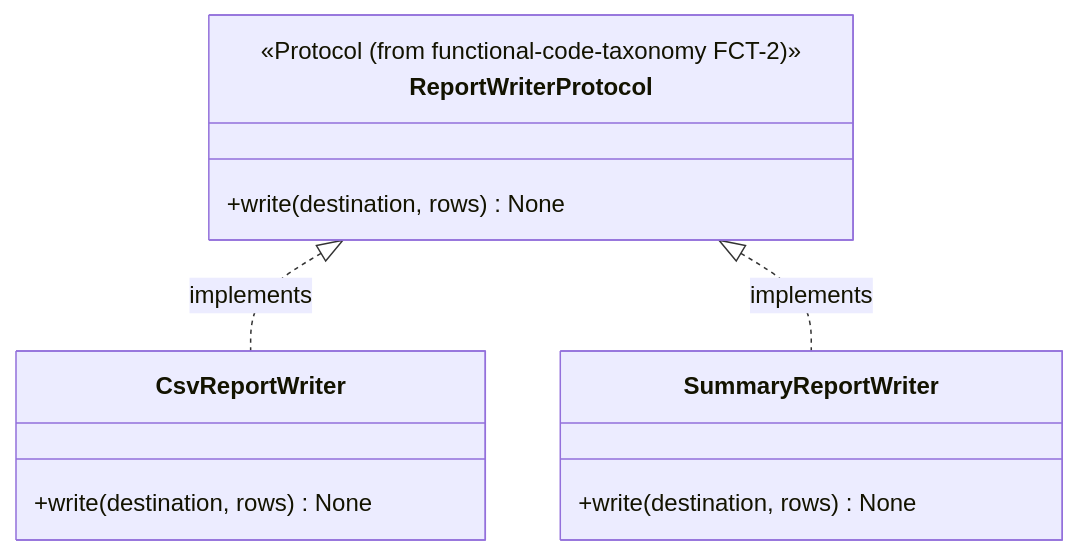
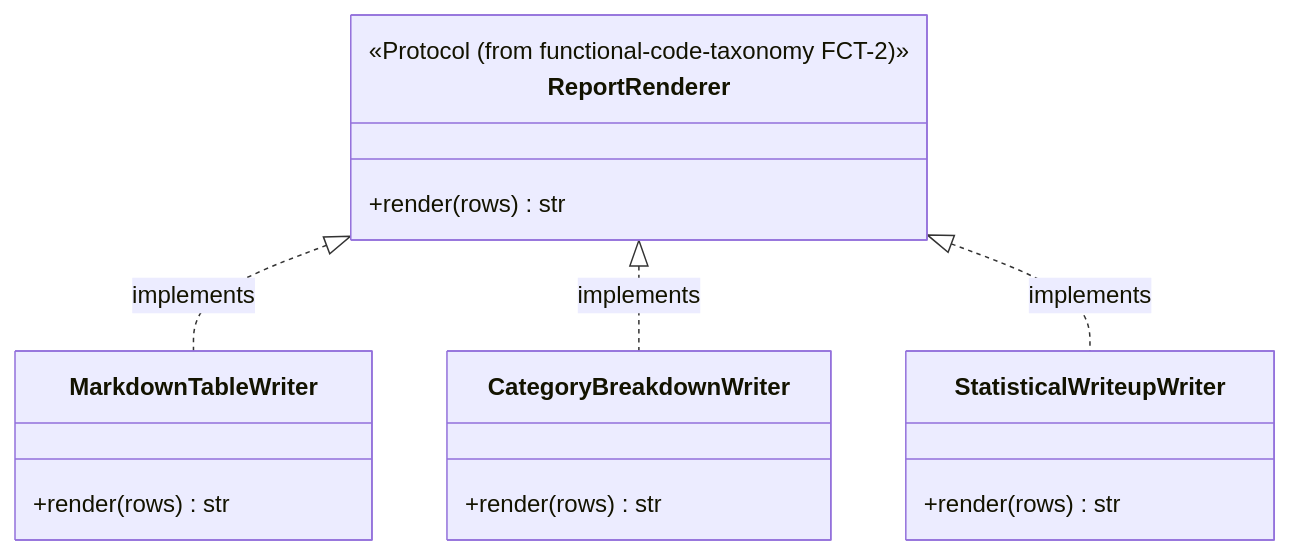
One commit to abhadrasyna/ih-trace-lab changed the second of 4 diagrams in docs/plan/src-lib-migration/report-render-lib-migration/stories.md. Above: the diagram before and after it, drawn with Mermaid. The commit also changed other lines of this file and 3 other files, not shown here.

First line of the commit message:
feat(report_render): add Strategy-based report renderers

````diff
--- a/docs/plan/src-lib-migration/report-render-lib-migration/stories.md
+++ b/docs/plan/src-lib-migration/report-render-lib-migration/stories.md
@@ -67,15 +75,19 @@
 ```mermaid
 classDiagram
-    class ReportWriterProtocol {
+    class ReportRenderer {
         <<Protocol (from functional-code-taxonomy FCT-2)>>
-        +write(destination, rows) None
+        +render(rows) str
     }
-    class CsvReportWriter {
-        +write(destination, rows) None
+    class MarkdownTableWriter {
+        +render(rows) str
     }
-    class SummaryReportWriter {
-        +write(destination, rows) None
+    class CategoryBreakdownWriter {
+        +render(rows) str
     }
-    ReportWriterProtocol <|.. CsvReportWriter : implements
-    ReportWriterProtocol <|.. SummaryReportWriter : implements
+    class StatisticalWriteupWriter {
+        +render(rows) str
+    }
+    ReportRenderer <|.. MarkdownTableWriter : implements
+    ReportRenderer <|.. CategoryBreakdownWriter : implements
+    ReportRenderer <|.. StatisticalWriteupWriter : implements
 ```
````
